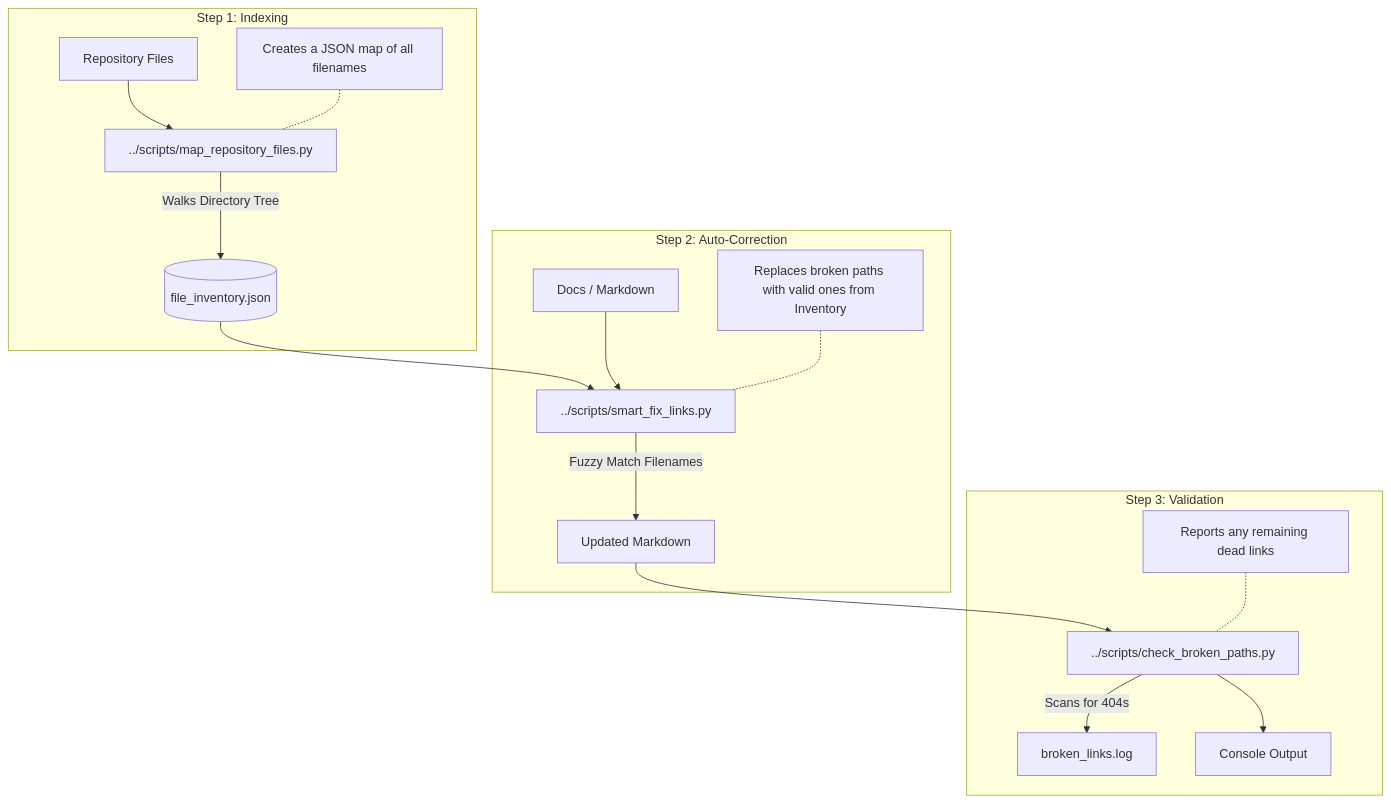
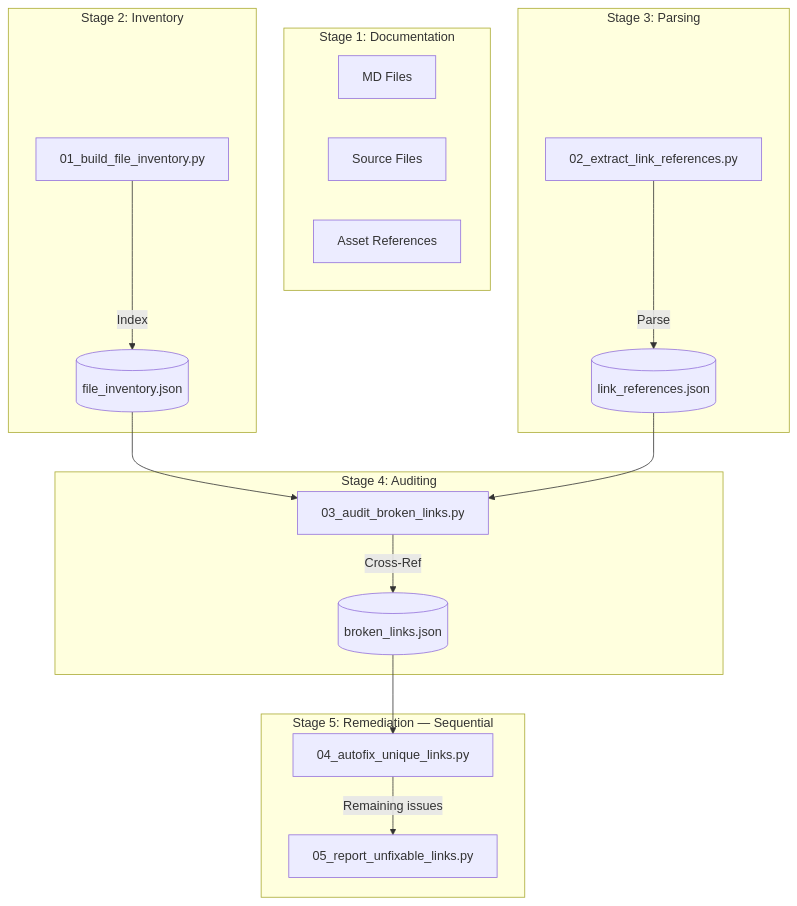
Before and after one commit to richfrem/agent-plugins-skills: the diagram in plugins/link-checker/assets/diagrams/logic.mmd, drawn with Mermaid. The commit also changed 45 other files, not shown here.

Commit message:
updated link-check and bundler scripts addressing duplicationa nd documentation issues

```diff
--- a/plugins/link-checker/assets/diagrams/logic.mmd
+++ b/plugins/link-checker/assets/diagrams/logic.mmd
@@ -1,23 +1,27 @@
 flowchart TD
-    subgraph Initialization [Step 1: Indexing]
-        Repo[Repository Files] --> Mapper[../scripts/map_repository_files.py]
-        Mapper -- Walks Directory Tree --> Inventory[(file_inventory.json)]
-        note1[Creates a JSON map of all filenames]
-        note1 -.- Mapper
+    subgraph Input [Stage 1: Documentation]
+        Doc1[MD Files]
+        Doc2[Source Files]
+        Doc3[Asset References]
     end
-    
-    subgraph Repair [Step 2: Auto-Correction]
-        Inventory --> Fixer[../scripts/smart_fix_links.py]
-        Markdown[Docs / Markdown] --> Fixer
-        Fixer -- Fuzzy Match Filenames --> UpdatedDocs[Updated Markdown]
-        note2[Replaces broken paths with valid ones from Inventory]
-        note2 -.- Fixer
+
+    subgraph Discovery [Stage 2: Inventory]
+        Mapper[01_build_file_inventory.py]
+        Mapper -- Index --> Inv[(file_inventory.json)]
     end
-    
-    subgraph Verification [Step 3: Validation]
-        UpdatedDocs --> Checker[../scripts/check_broken_paths.py]
-        Checker -- Scans for 404s --> Log[broken_links.log]
-        Checker --> Console[Console Output]
-        note3[Reports any remaining dead links]
-        note3 -.- Checker
+
+    subgraph Extraction [Stage 3: Parsing]
+        Extractor[02_extract_link_references.py]
+        Extractor -- Parse --> Refs[(link_references.json)]
     end
+
+    subgraph Logic [Stage 4: Auditing]
+        Inv --> Auditor[03_audit_broken_links.py]
+        Refs --> Auditor
+        Auditor -- Cross-Ref --> Broken[(broken_links.json)]
+    end
+
+    subgraph Action [Stage 5: Remediation — Sequential]
+        Broken --> Fixer[04_autofix_unique_links.py]
+        Fixer -- Remaining issues --> Reporter[05_report_unfixable_links.py]
+    end
```
